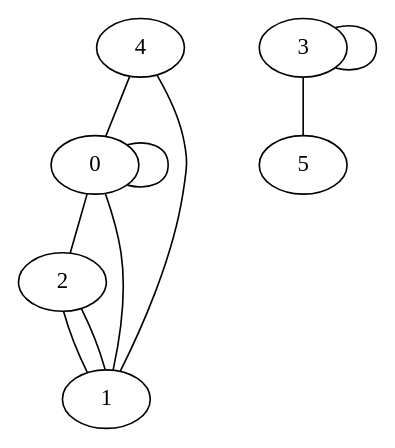
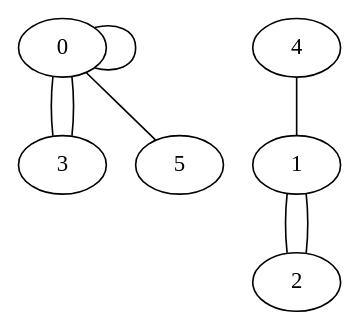
Before and after one commit to denizsurmeli/random-graph-generator: the diagram in feeds/out/O-9-6-6-PM.dot, drawn with Graphviz. The commit also changed 688 other files, not shown here.

```diff
--- a/feeds/out/O-9-6-6-PM.dot
+++ b/feeds/out/O-9-6-6-PM.dot
@@ -1,17 +1,15 @@
 graph G {
 0;
 1;
 2;
 3;
 4;
 5;
+0--0 ;
+3--0 ;
+0--5 ;
+0--3 ;
 1--2 ;
-3--5 ;
-3--3 ;
+2--1 ;
 4--1 ;
-4--0 ;
-2--1 ;
-0--2 ;
-0--0 ;
-1--0 ;
 }
```
